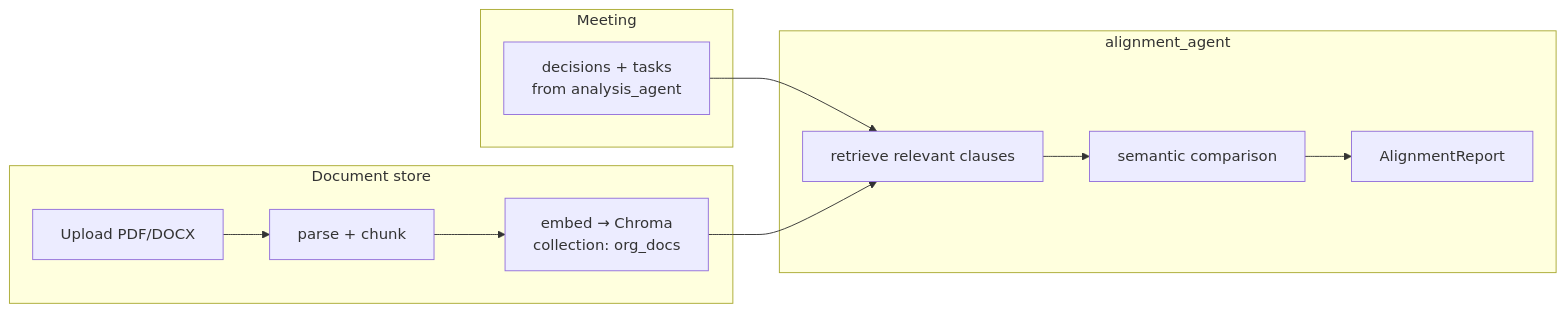
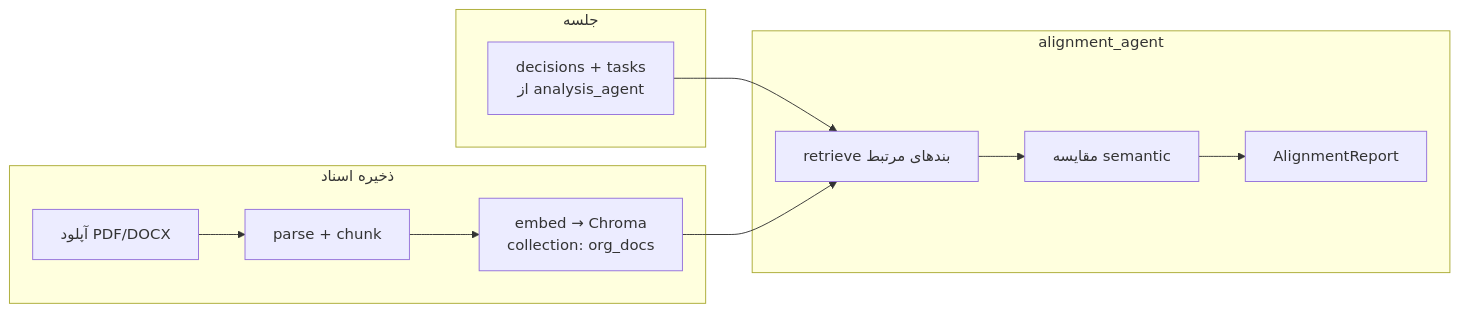
The diagram in docs/diagrams/03-roadmap-and-future-work-4.mmd (Rvin-zh/meeting-assistant), drawn with Mermaid before and after one commit. The commit also changed 35 other files, not shown here.

```diff
--- a/docs/diagrams/03-roadmap-and-future-work-4.mmd
+++ b/docs/diagrams/03-roadmap-and-future-work-4.mmd
@@ -1,18 +1,18 @@
 flowchart LR
-    subgraph docs ["Document store"]
-        UP["Upload PDF/DOCX"]
+    subgraph docs ["ذخیره اسناد"]
+        UP["آپلود PDF/DOCX"]
         PAR["parse + chunk"]
         EMB["embed → Chroma<br/>collection: org_docs"]
     end
-    subgraph meeting ["Meeting"]
-        DEC["decisions + tasks<br/>from analysis_agent"]
+    subgraph meeting ["جلسه"]
+        DEC["decisions + tasks<br/>از analysis_agent"]
     end
     subgraph align ["alignment_agent"]
-        RET["retrieve relevant clauses"]
-        CMP["semantic comparison"]
+        RET["retrieve بندهای مرتبط"]
+        CMP["مقایسه semantic"]
         REP["AlignmentReport"]
     end
     UP --> PAR --> EMB
     DEC --> RET
     EMB --> RET
     RET --> CMP --> REP
```
